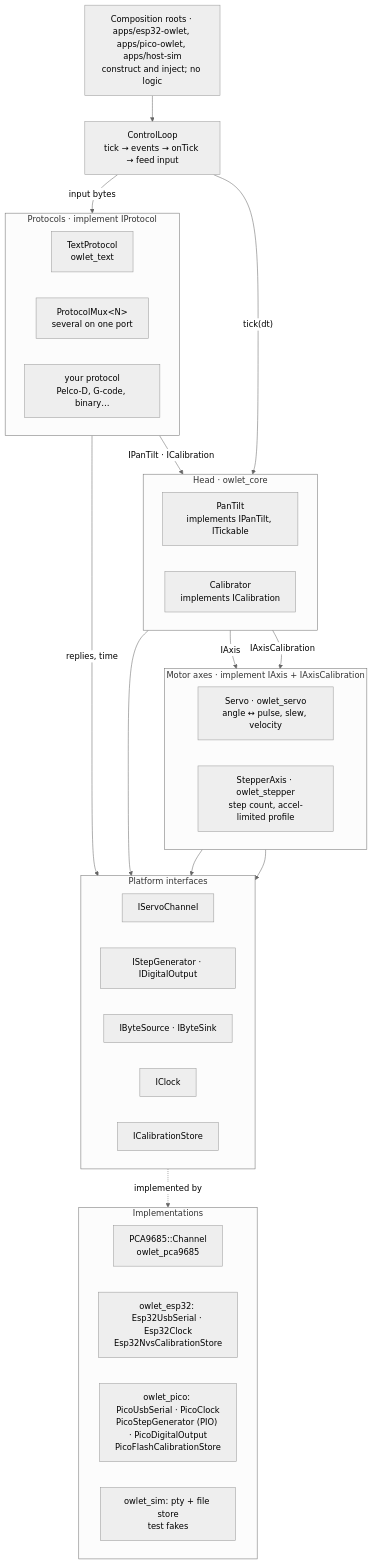
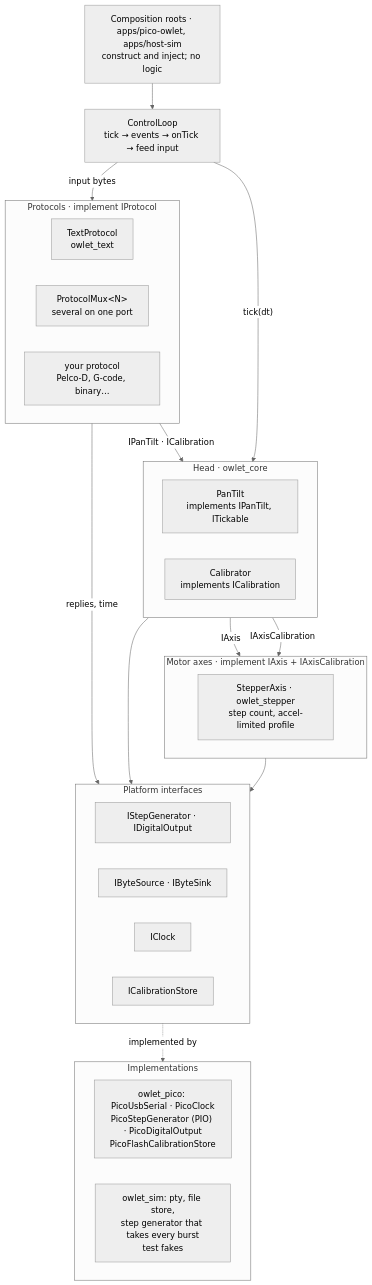
One commit to Mrunmoy/owlet changed the diagram in docs/DESIGN.md. Above: the diagram before and after it, drawn with Mermaid (neutral theme). The commit also changed other lines of this file and 7 other files, not shown here.

````diff
--- a/docs/DESIGN.md
+++ b/docs/DESIGN.md
@@ -81,53 +58,48 @@
 ```mermaid
 flowchart TB
-    APP["Composition roots · apps/esp32-owlet, apps/pico-owlet, apps/host-sim<br/>construct and inject; no logic"]
+    APP["Composition roots · apps/pico-owlet, apps/host-sim<br/>construct and inject; no logic"]
     LOOP["ControlLoop<br/>tick → events → onTick → feed input"]
 
     subgraph PROTOS["Protocols · implement IProtocol"]
         direction LR
         TEXT["TextProtocol<br/>owlet_text"]
         MUX["ProtocolMux#lt;N#gt;<br/>several on one port"]
         YOURS["your protocol<br/>Pelco-D, G-code, binary…"]
     end
 
     subgraph HEAD["Head · owlet_core"]
         direction LR
         PT["PanTilt<br/>implements IPanTilt, ITickable"]
         CALIB["Calibrator<br/>implements ICalibration"]
     end
 
     subgraph AXES["Motor axes · implement IAxis + IAxisCalibration"]
         direction LR
-        SERVO["Servo · owlet_servo<br/>angle ↔ pulse, slew, velocity"]
         STEPPER["StepperAxis · owlet_stepper<br/>step count, accel-limited profile"]
     end
 
     subgraph PORTS["Platform interfaces"]
         direction LR
-        CH["IServoChannel"]
         GEN["IStepGenerator · IDigitalOutput"]
         IO["IByteSource · IByteSink"]
         CLK["IClock"]
         STO["ICalibrationStore"]
     end
 
     subgraph IMPL["Implementations"]
         direction LR
-        PCA["PCA9685::Channel<br/>owlet_pca9685"]
-        ESP["owlet_esp32: Esp32UsbSerial · Esp32Clock<br/>Esp32NvsCalibrationStore"]
         PICO["owlet_pico: PicoUsbSerial · PicoClock<br/>PicoStepGenerator (PIO) · PicoDigitalOutput<br/>PicoFlashCalibrationStore"]
-        SIM["owlet_sim: pty + file store<br/>test fakes"]
+        SIM["owlet_sim: pty, file store,<br/>step generator that takes every burst<br/>test fakes"]
     end
 
     APP --> LOOP
     LOOP -->|"input bytes"| PROTOS
     LOOP -->|"tick(dt)"| PT
     PROTOS -->|"IPanTilt · ICalibration"| HEAD
     PROTOS -->|"replies, time"| PORTS
     PT -->|"IAxis"| AXES
     CALIB -->|"IAxisCalibration"| AXES
-    SERVO --> CH
     STEPPER --> GEN
     CALIB --> STO
     PORTS -.->|"implemented by"| IMPL
 ```
````
